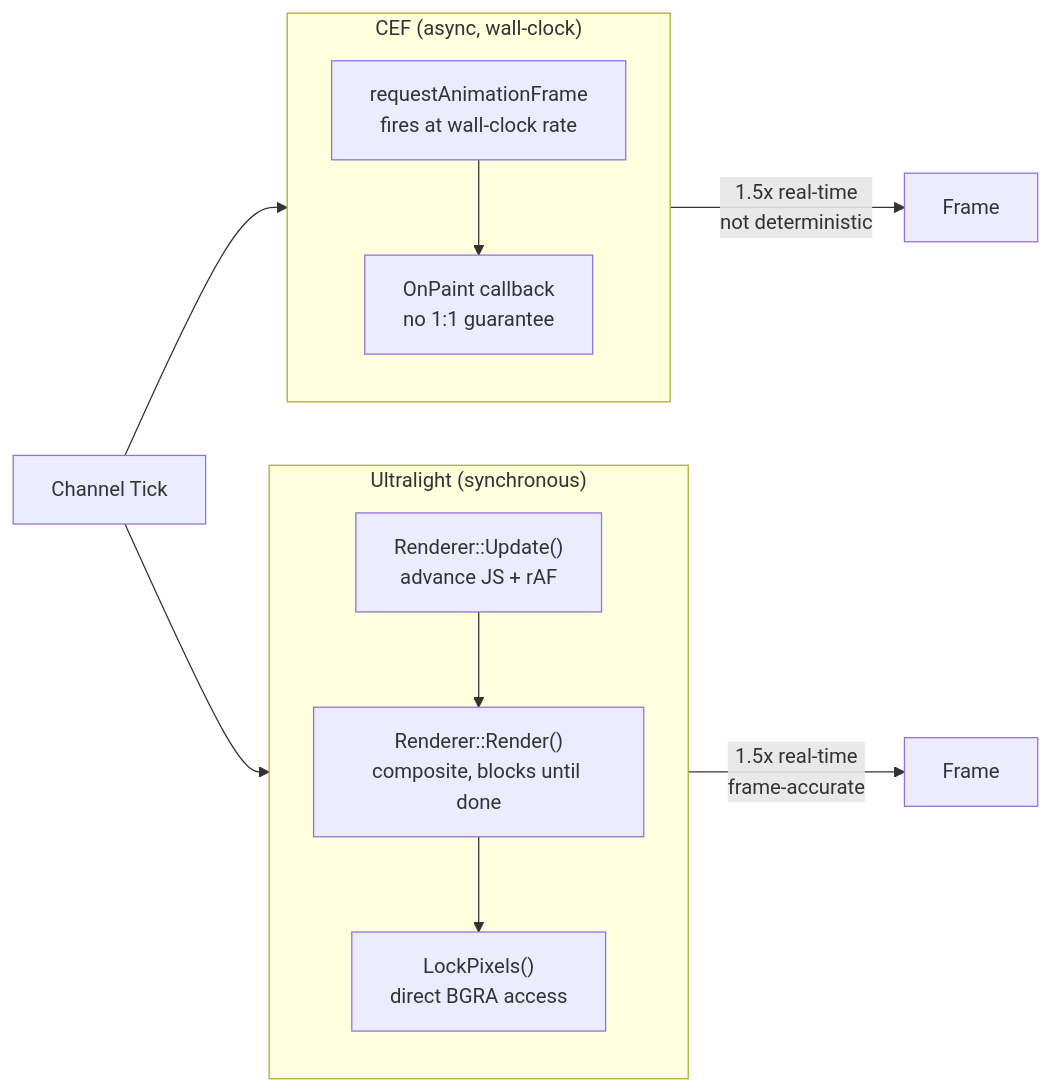
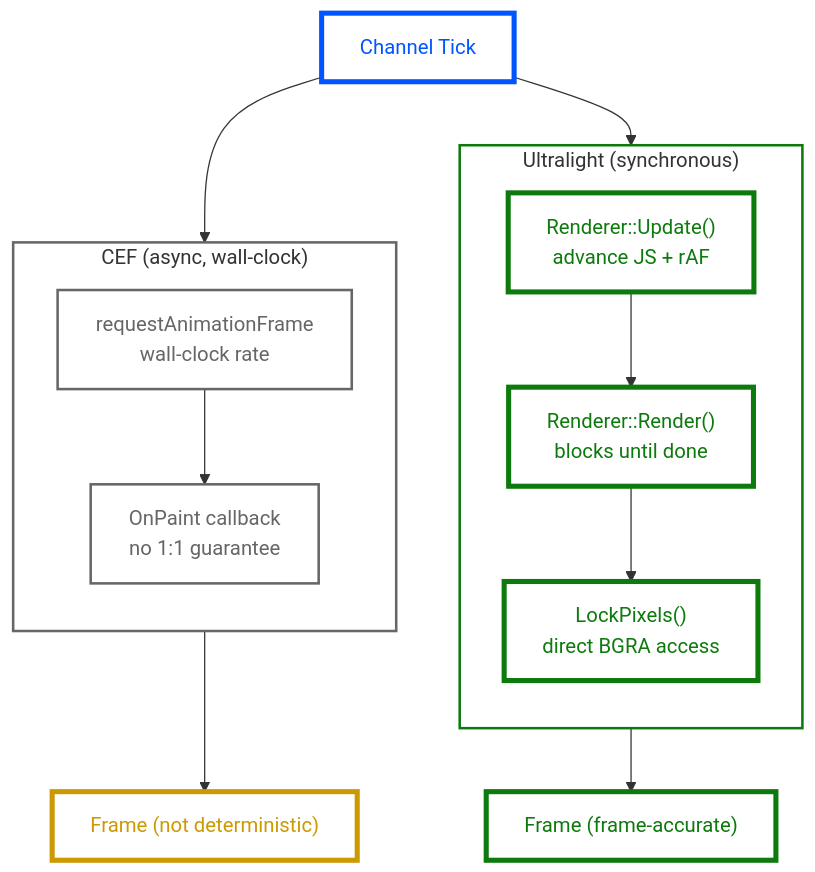
One commit to den-frie-vilje/casparCG changed the ninth of 10 diagrams in docs/architecture.md. Above: the diagram before and after it, drawn with Mermaid. The commit also changed other lines of this file, not shown here.

Commit message:
docs: style diagrams with blue, dark green, and golden yellow

````diff
--- a/docs/architecture.md
+++ b/docs/architecture.md
@@ -604,23 +652,35 @@
 ```mermaid
-flowchart LR
+flowchart TD
+    classDef coreNode fill:#FFF,color:#0055FF,stroke:#0055FF,stroke-width:4px
+    classDef cefNode fill:#FFF,color:#666,stroke:#666,stroke-width:2px
+    classDef ulNode fill:#FFF,color:#0D7A0D,stroke:#0D7A0D,stroke-width:4px
+    classDef warnNode fill:#FFF,color:#CC9900,stroke:#CC9900,stroke-width:4px
+    classDef sgCef stroke:#666,fill:#FFF,stroke-width:2px
+    classDef sgUl stroke:#0D7A0D,fill:#FFF,stroke-width:2px
+
+    TICK[Channel Tick]:::coreNode
+
     subgraph CEF["CEF (async, wall-clock)"]
         direction TB
-        CEF_RAF["requestAnimationFrame<br/>fires at wall-clock rate"]
-        CEF_PAINT["OnPaint callback<br/>no 1:1 guarantee"]
+        CEF_RAF["requestAnimationFrame<br/>wall-clock rate"]:::cefNode
+        CEF_PAINT["OnPaint callback<br/>no 1:1 guarantee"]:::cefNode
         CEF_RAF --> CEF_PAINT
     end
 
-    subgraph Ultralight["Ultralight (synchronous)"]
+    subgraph UL["Ultralight (synchronous)"]
         direction TB
-        UL_UPDATE["Renderer::Update()<br/>advance JS + rAF"]
-        UL_RENDER["Renderer::Render()<br/>composite, blocks until done"]
-        UL_PIXELS["LockPixels()<br/>direct BGRA access"]
+        UL_UPDATE["Renderer::Update()<br/>advance JS + rAF"]:::ulNode
+        UL_RENDER["Renderer::Render()<br/>blocks until done"]:::ulNode
+        UL_PIXELS["LockPixels()<br/>direct BGRA access"]:::ulNode
         UL_UPDATE --> UL_RENDER --> UL_PIXELS
     end
 
-    TICK[Channel Tick] --> CEF
-    TICK --> Ultralight
+    TICK --> CEF
+    TICK --> UL
 
-    CEF -->|"1.5x real-time<br/>not deterministic"| FRAME1[Frame]
-    Ultralight -->|"1.5x real-time<br/>frame-accurate"| FRAME2[Frame]
+    CEF --> FRAME1["Frame (not deterministic)"]:::warnNode
+    UL --> FRAME2["Frame (frame-accurate)"]:::ulNode
+
+    class CEF sgCef
+    class UL sgUl
 ```
````
